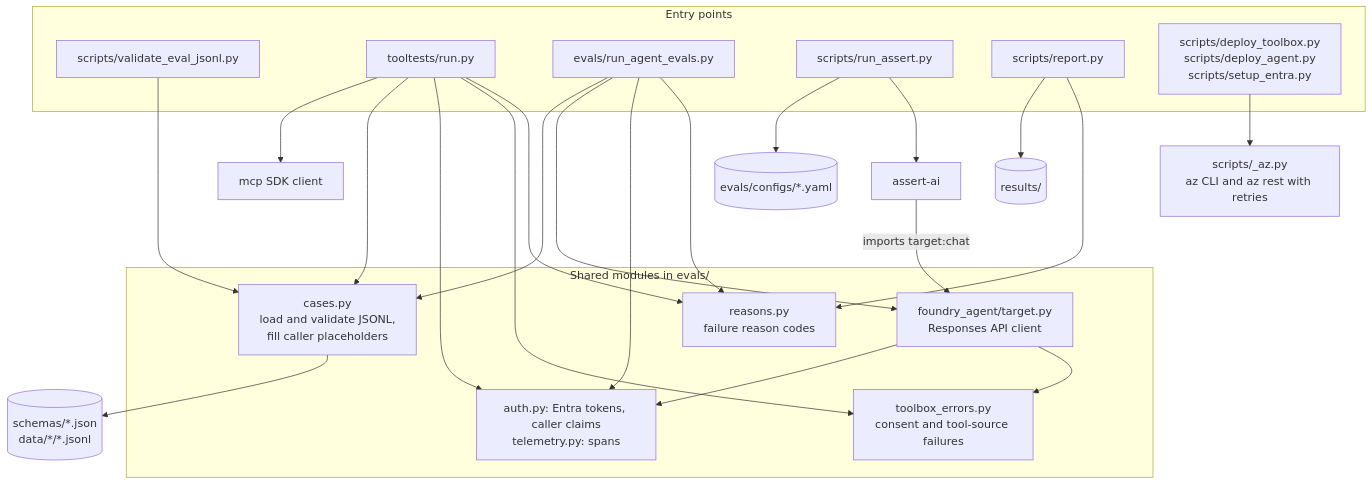
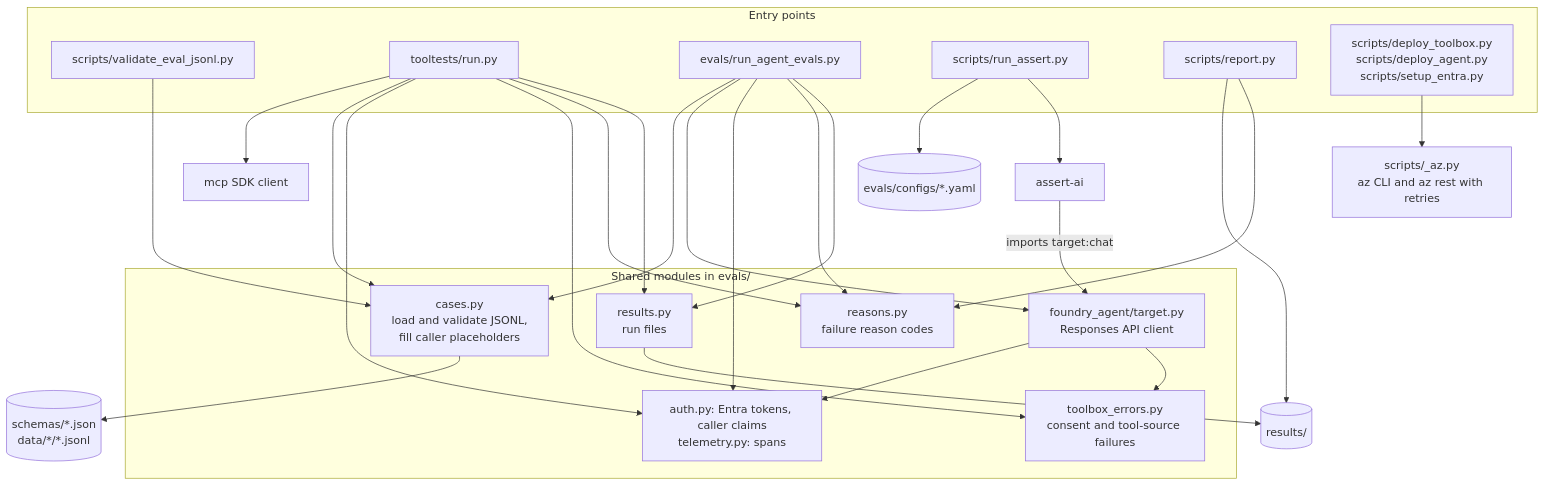
The second of 17 diagrams in docs/architecture.md (bradrlaw/foundryToolboxEval), drawn with Mermaid before and after one commit. The commit also changed other lines of this file and 16 other files, not shown here.

````diff
--- a/docs/architecture.md
+++ b/docs/architecture.md
@@ -73,42 +73,45 @@
 ```mermaid
 flowchart TB
     subgraph entry["Entry points"]
         val["scripts/validate_eval_jsonl.py"]
         run["tooltests/run.py"]
         rae["evals/run_agent_evals.py"]
         rass["scripts/run_assert.py"]
         rep["scripts/report.py"]
         dep["scripts/deploy_toolbox.py<br/>scripts/deploy_agent.py<br/>scripts/setup_entra.py"]
     end
     subgraph shared["Shared modules in evals/"]
         cases["cases.py<br/>load and validate JSONL,<br/>fill caller placeholders"]
         target["foundry_agent/target.py<br/>Responses API client"]
         common["auth.py: Entra tokens, caller claims<br/>telemetry.py: spans"]
         terr["toolbox_errors.py<br/>consent and tool-source failures"]
         reasons["reasons.py<br/>failure reason codes"]
+        runfiles["results.py<br/>run files"]
     end
     mcpsdk["mcp SDK client"]
     assertai["assert-ai"]
     az["scripts/_az.py<br/>az CLI and az rest with retries"]
     configs[("evals/configs/*.yaml")]
     files[("schemas/*.json<br/>data/*/*.jsonl")]
     results[("results/")]
 
     val --> cases
     run --> mcpsdk
     run --> cases
     run --> common
     run --> terr
     rae --> cases
     rae --> target
     rae --> common
     target --> common
     target --> terr
     rass --> configs
     rass --> assertai
     assertai -->|"imports target:chat"| target
     cases --> files
     rep --> results
     run & rae & rep --> reasons
+    run & rae --> runfiles
+    runfiles --> results
     dep --> az
 ```
````
